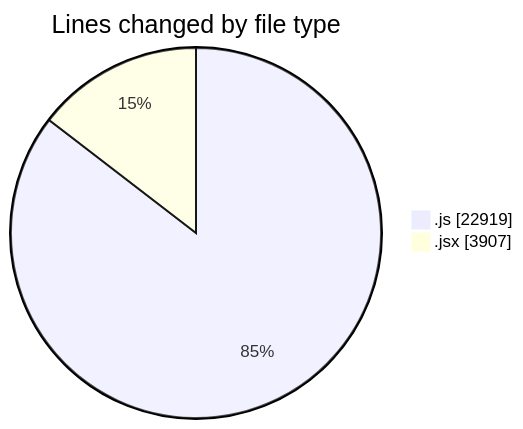
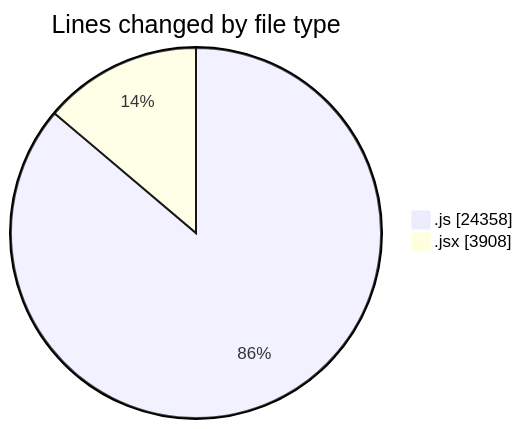
The first of 2 diagrams in 2025-09-30/nxtqube_webapp/README.md (nxtqubesakshisongat/code-tracking), drawn with Mermaid before and after one commit. The commit also changed other lines of this file and 1 other file, not shown here.

````diff
--- a/2025-09-30/nxtqube_webapp/README.md
+++ b/2025-09-30/nxtqube_webapp/README.md
@@ -24,6 +25,6 @@
 ```mermaid
 pie showData
 title Lines changed by file type
-".js" : 22919
-".jsx" : 3907
+".js" : 24358
+".jsx" : 3908
 ```
````
